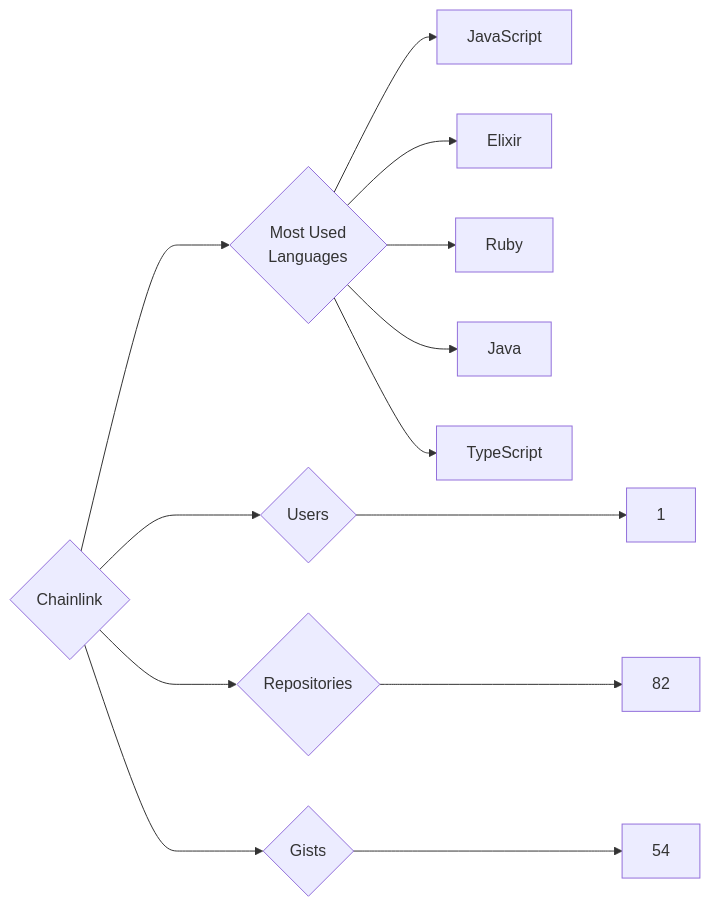
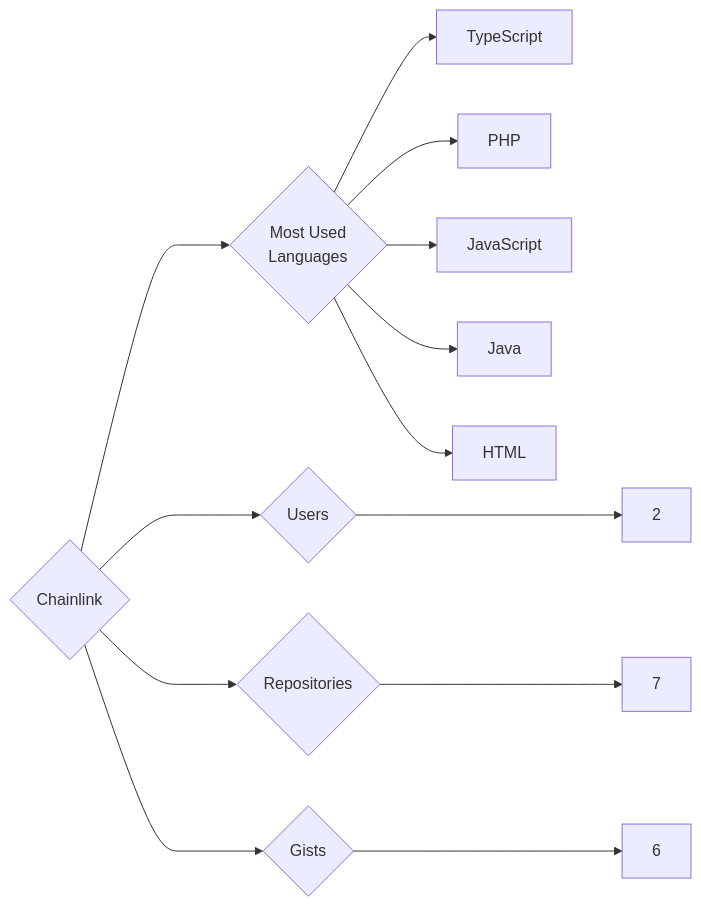
The diagram in targets/Chainlink/README.md (trickest/insiders), drawn with Mermaid before and after one commit. The commit also changed 847 other files, not shown here.

````diff
--- a/targets/Chainlink/README.md
+++ b/targets/Chainlink/README.md
@@ -3,13 +3,13 @@
 ```mermaid
 graph LR
 COMPANY_NAME{Chainlink}
-COMPANY_NAME ---> U{Users} ---> UN[1]
-COMPANY_NAME ---> R{Repositories} ---> RN[82]
-COMPANY_NAME ---> G{Gists} ---> GN[54]
+COMPANY_NAME ---> U{Users} ---> UN[2]
+COMPANY_NAME ---> R{Repositories} ---> RN[7]
+COMPANY_NAME ---> G{Gists} ---> GN[6]
 COMPANY_NAME ---> ML{Most Used<br>Languages}
+ML --> TypeScript[TypeScript]
+ML --> PHP[PHP]
 ML --> JavaScript[JavaScript]
-ML --> Elixir[Elixir]
-ML --> Ruby[Ruby]
 ML --> Java[Java]
-ML --> TypeScript[TypeScript]
+ML --> HTML[HTML]
 ```
````
